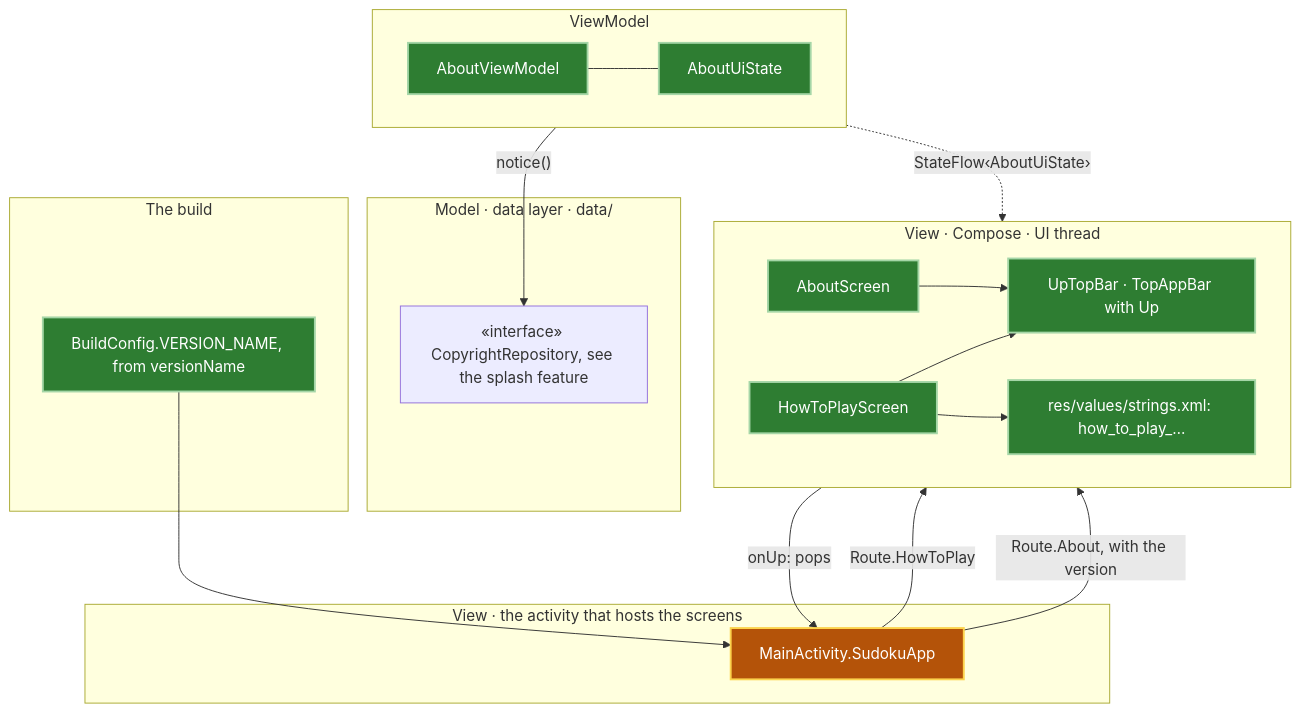
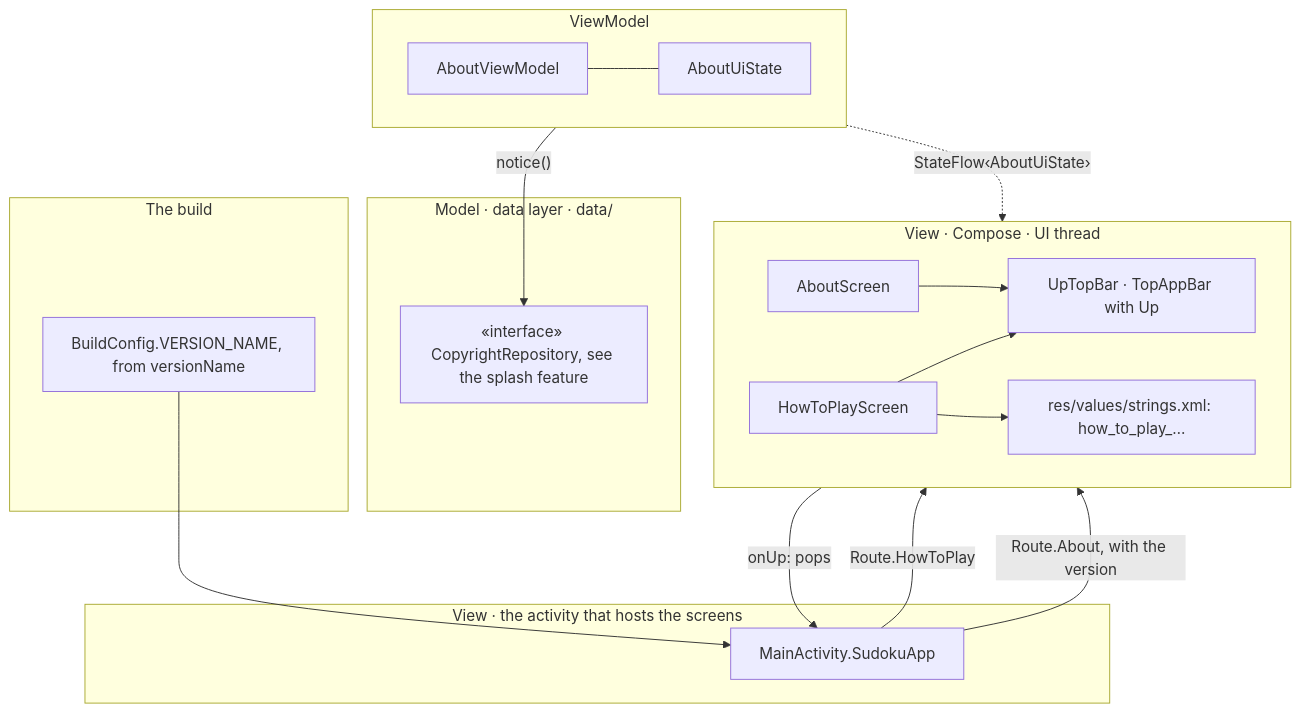
Diagram 17 of 19 in android/docs/architecture.md (aivanov61/sudoku-solver), drawn with Mermaid before and after one commit. The commit also changed other lines of this file and 18 other files, not shown here.

````diff
--- a/android/docs/architecture.md
+++ b/android/docs/architecture.md
@@ -729,39 +731,35 @@
 ```mermaid
 flowchart TB
     subgraph Host["View · the activity that hosts the screens"]
         SudokuApp["MainActivity.SudokuApp"]
     end
 
     subgraph View["View · Compose · UI thread"]
         direction LR
         HowToPlayScreen["HowToPlayScreen"] --> UpTopBar["UpTopBar · TopAppBar with Up"]
         AboutScreen["AboutScreen"] --> UpTopBar
         Strings["res/values/strings.xml: how_to_play_…"]
         HowToPlayScreen --> Strings
     end
 
     subgraph VM["ViewModel"]
         direction LR
         AboutViewModel["AboutViewModel"] --- AboutUiState["AboutUiState"]
     end
 
     subgraph DataLayer["Model · data layer · data/"]
         CopyrightRepository["«interface» CopyrightRepository, see the splash feature"]
     end
 
     subgraph Build["The build"]
         BuildConfig["BuildConfig.VERSION_NAME, from versionName"]
     end
 
     SudokuApp -- "Route.HowToPlay" --> HowToPlayScreen
     SudokuApp -- "Route.About, with the version" --> AboutScreen
     BuildConfig --> SudokuApp
     UpTopBar -- "onUp: pops" --> SudokuApp
     AboutViewModel -. "StateFlow‹AboutUiState›" .-> AboutScreen
     AboutViewModel -- "notice()" --> CopyrightRepository
 
-    classDef new fill:#2e7d32,stroke:#a5d6a7,stroke-width:2px,color:#ffffff
-    classDef changed fill:#b45309,stroke:#fcd34d,stroke-width:2px,color:#ffffff
-    class HowToPlayScreen,UpTopBar,Strings,AboutScreen,AboutViewModel,AboutUiState,BuildConfig new
-    class SudokuApp changed
 ```
````
